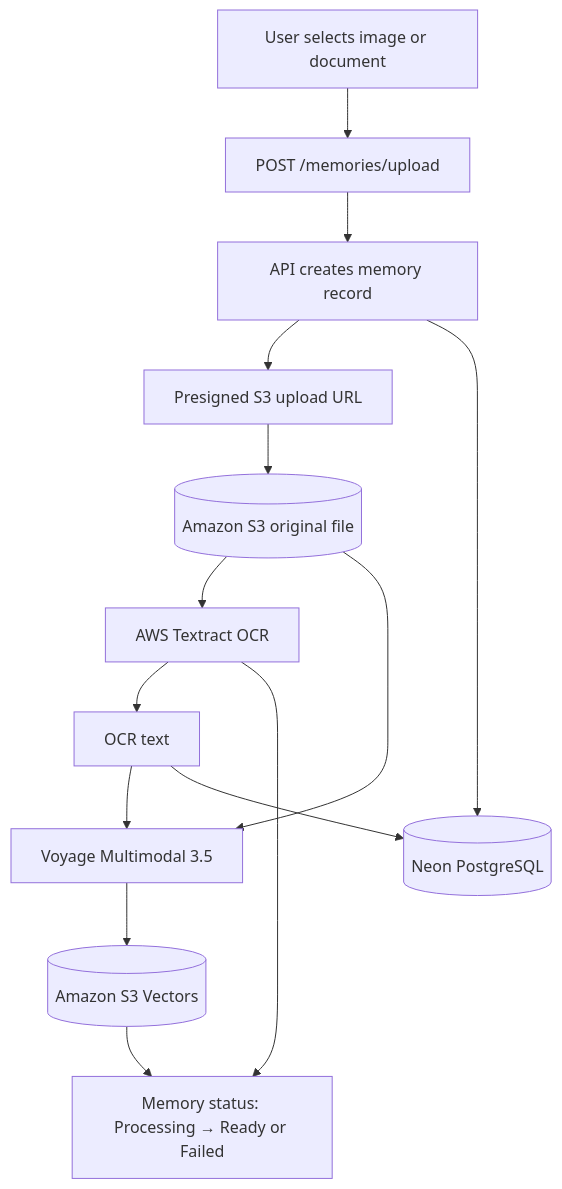
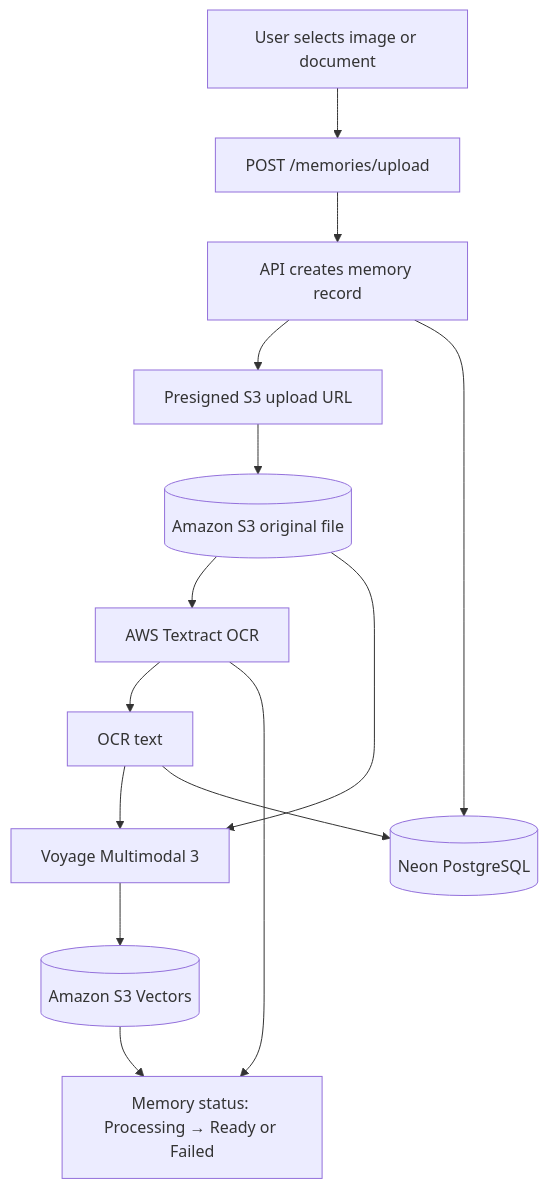
One commit to a-y-a-n-das/Remora changed the second of 3 diagrams in README.md. Above: the diagram before and after it, drawn with Mermaid. The commit also changed other lines of this file and 7 other files, not shown here.

````diff
--- a/README.md
+++ b/README.md
@@ -120,24 +120,24 @@
 ```mermaid
 flowchart TB
     A[User selects image or document]
     B[POST /memories/upload]
     C[API creates memory record]
     D[Presigned S3 upload URL]
     E[(Amazon S3 original file)]
     F[AWS Textract OCR]
     G[OCR text]
-    H[Voyage Multimodal 3.5]
+    H[Voyage Multimodal 3]
     I[(Neon PostgreSQL)]
     J[(Amazon S3 Vectors)]
     K[Memory status: Processing → Ready or Failed]
 
     A --> B --> C --> D --> E
     E --> F --> G
     E --> H
     G --> H
     G --> I
     C --> I
     H --> J
     F --> K
     J --> K
 ```
````
